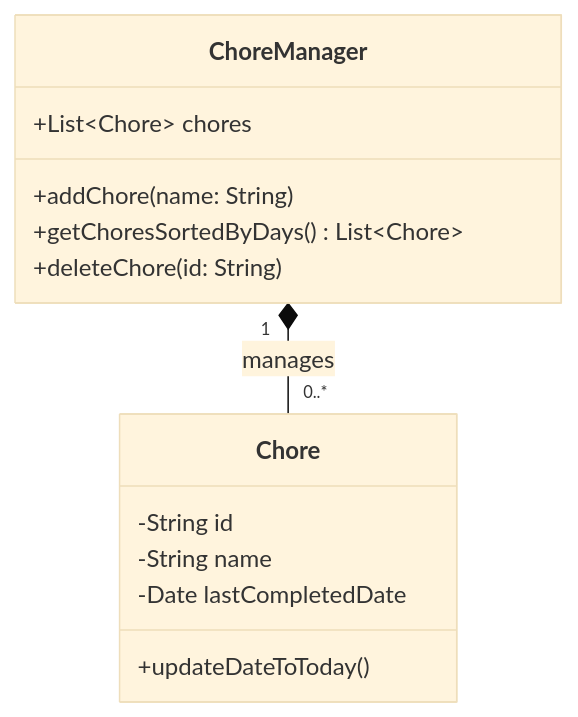
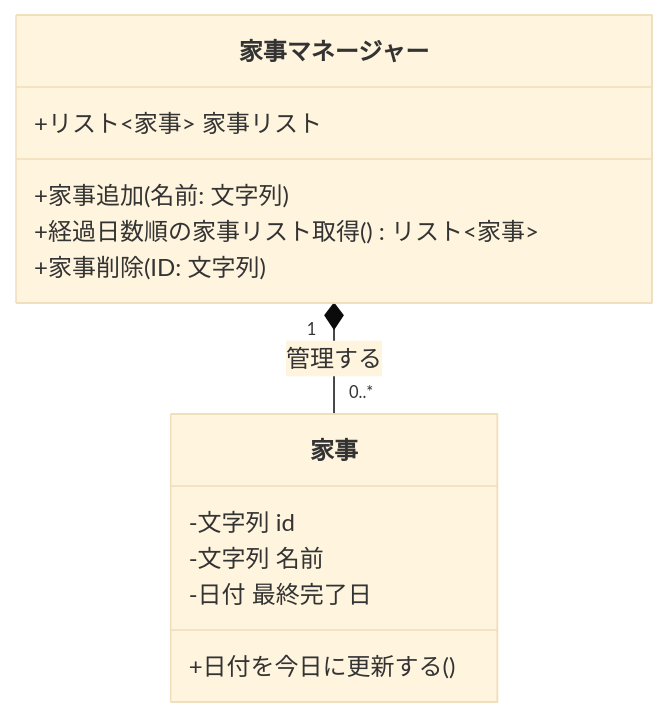
The second of 4 diagrams in README.md (csti24091-collab/kaji-kiroku-app), drawn with Mermaid (base theme) before and after one commit.

````diff
--- a/README.md
+++ b/README.md
@@ -19,18 +19,18 @@
 ```mermaid
 classDiagram
-    class ChoreManager {
-        +List~Chore~ chores
-        +addChore(name: String)
-        +getChoresSortedByDays() List~Chore~
-        +deleteChore(id: String)
+    class 家事マネージャー {
+        +リスト~家事~ 家事リスト
+        +家事追加(名前: 文字列)
+        +経過日数順の家事リスト取得() リスト~家事~
+        +家事削除(ID: 文字列)
     }
 
-    class Chore {
-        -String id
-        -String name
-        -Date lastCompletedDate
-        +updateDateToToday()
+    class 家事 {
+        -文字列 id
+        -文字列 名前
+        -日付 最終完了日
+        +日付を今日に更新する()
     }
 
-    ChoreManager "1" *-- "0..*" Chore : manages
+    家事マネージャー "1" *-- "0..*" 家事 : 管理する
 ```
````
